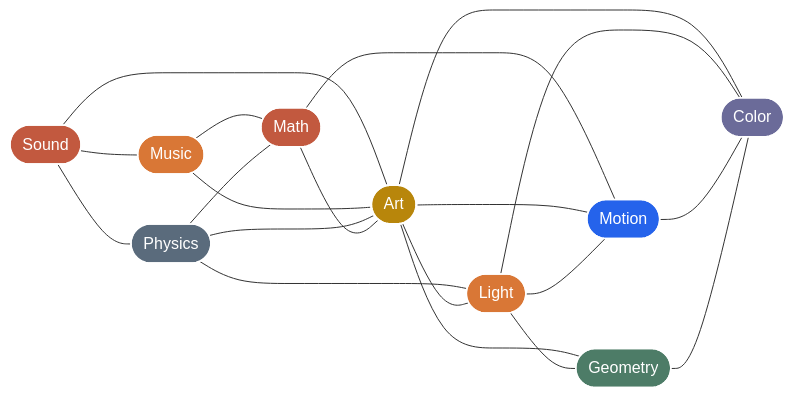
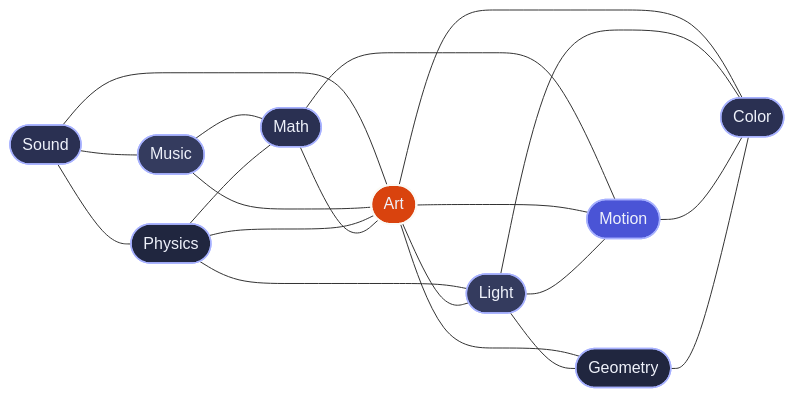
Before and after one commit to n1m21n/Infinite: the diagram in PROFILE_README.md, drawn with Mermaid. The commit also changed other lines of this file and 1 other file, not shown here.

````diff
--- a/PROFILE_README.md
+++ b/PROFILE_README.md
@@ -48,42 +62,42 @@
 ```mermaid
 flowchart LR
     Sound(["Sound"]):::sound
     Music(["Music"]):::music
     Physics(["Physics"]):::physics
     Math(["Math"]):::math
     Art(["Art"]):::art
     Light(["Light"]):::light
     Motion(["Motion"]):::motion
     Geometry(["Geometry"]):::geometry
     Color(["Color"]):::color
 
     Sound --- Physics
     Sound --- Music
     Sound --- Art
     Music --- Math
     Music --- Art
     Physics --- Math
     Physics --- Art
     Physics --- Light
     Math --- Motion
     Math --- Art
     Art --- Light
     Art --- Motion
     Art --- Geometry
     Art --- Color
     Light --- Geometry
     Light --- Color
     Light --- Motion
     Motion --- Color
     Geometry --- Color
 
-    classDef sound fill:#c2593f,stroke:#ffffff,stroke-width:1.5px,color:#ffffff;
-    classDef music fill:#d97736,stroke:#ffffff,stroke-width:1.5px,color:#ffffff;
-    classDef physics fill:#5a6b7c,stroke:#ffffff,stroke-width:1.5px,color:#ffffff;
-    classDef math fill:#c2593f,stroke:#ffffff,stroke-width:1.5px,color:#ffffff;
-    classDef art fill:#b8860b,stroke:#ffffff,stroke-width:2px,color:#ffffff;
-    classDef light fill:#d97736,stroke:#ffffff,stroke-width:1.5px,color:#ffffff;
-    classDef motion fill:#2563eb,stroke:#ffffff,stroke-width:1.5px,color:#ffffff;
-    classDef geometry fill:#4d7c67,stroke:#ffffff,stroke-width:1.5px,color:#ffffff;
-    classDef color fill:#6b6b99,stroke:#ffffff,stroke-width:1.5px,color:#ffffff;
+    classDef sound fill:#2A3052,stroke:#A7B1FF,stroke-width:1.5px,color:#EEF1FA;
+    classDef music fill:#343B5E,stroke:#A7B1FF,stroke-width:1.5px,color:#EEF1FA;
+    classDef physics fill:#20263F,stroke:#A7B1FF,stroke-width:1.5px,color:#EEF1FA;
+    classDef math fill:#2A3052,stroke:#A7B1FF,stroke-width:1.5px,color:#EEF1FA;
+    classDef art fill:#D9430E,stroke:#FBFAF6,stroke-width:2px,color:#EEF1FA;
+    classDef light fill:#343B5E,stroke:#A7B1FF,stroke-width:1.5px,color:#EEF1FA;
+    classDef motion fill:#4A54D6,stroke:#A7B1FF,stroke-width:1.5px,color:#EEF1FA;
+    classDef geometry fill:#20263F,stroke:#A7B1FF,stroke-width:1.5px,color:#EEF1FA;
+    classDef color fill:#2A3052,stroke:#A7B1FF,stroke-width:1.5px,color:#EEF1FA;
 ```
````
